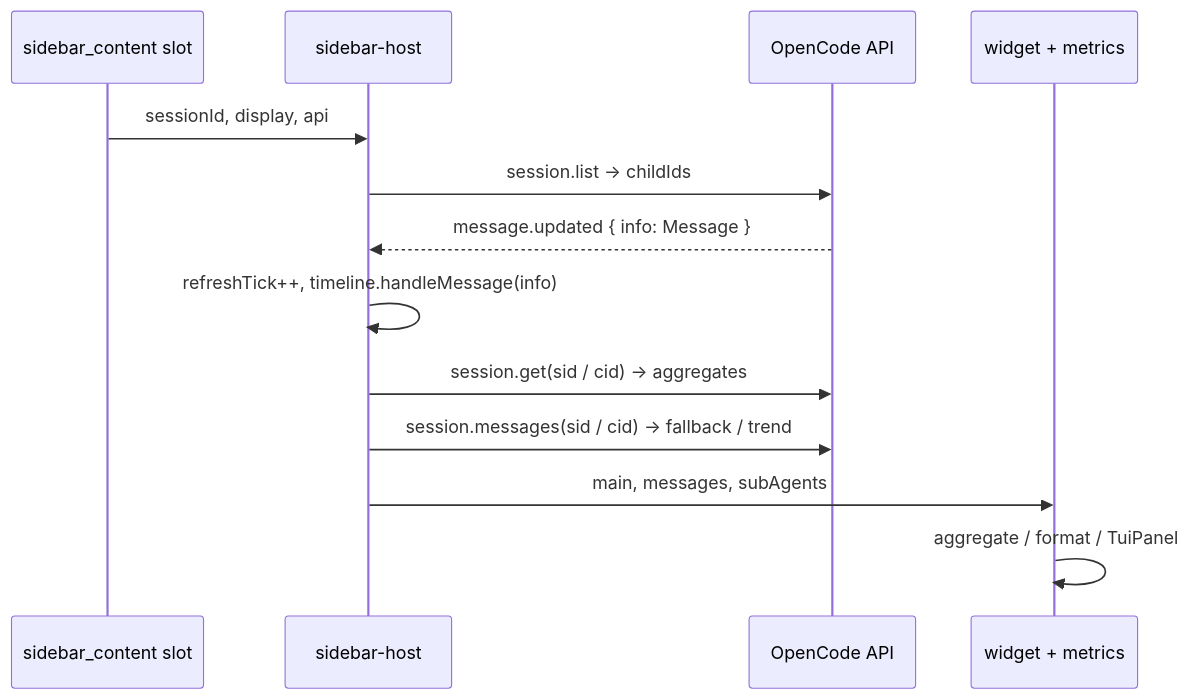
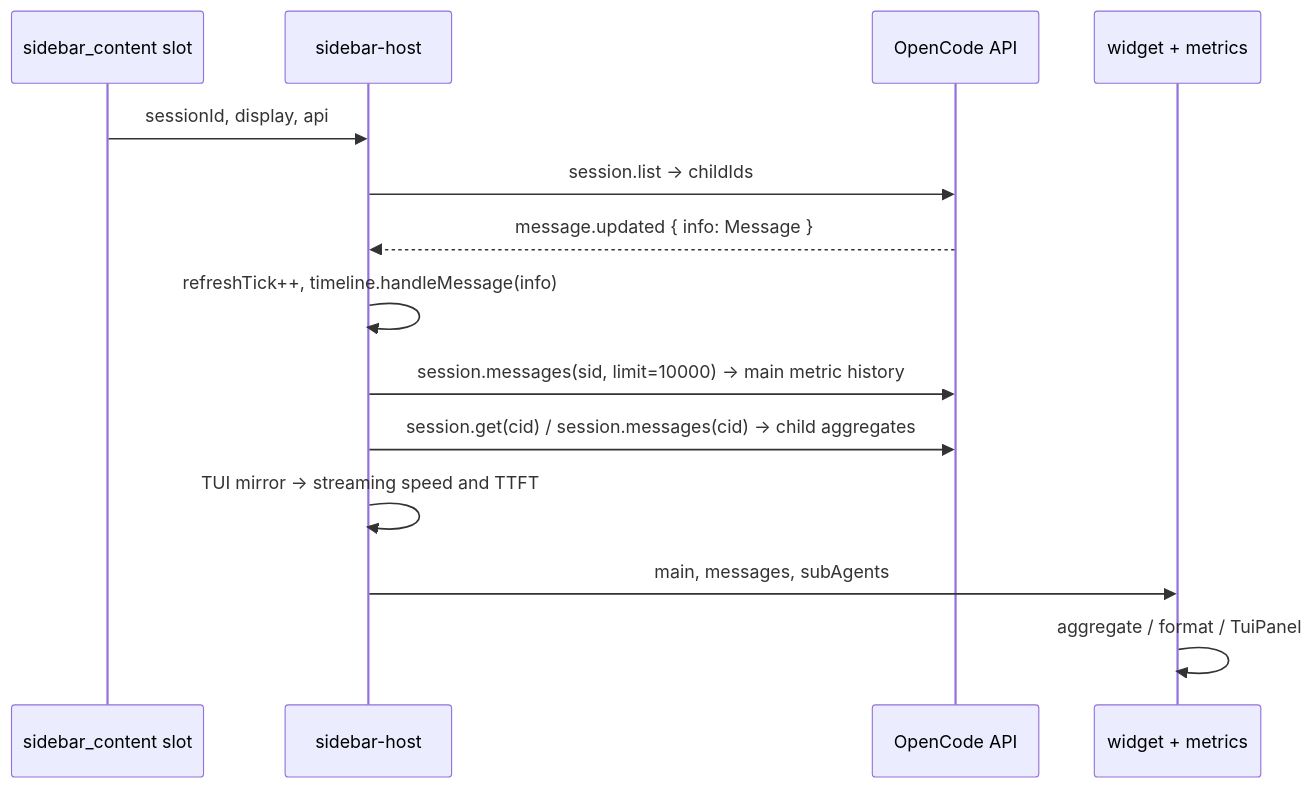
One commit to zhumengzhu/opencode-cache-hit changed the second of 4 diagrams in docs/en/design.md. Above: the diagram before and after it, drawn with Mermaid. The commit also changed other lines of this file and 34 other files, not shown here.

````diff
--- a/docs/en/design.md
+++ b/docs/en/design.md
@@ -65,16 +68,17 @@
 ```mermaid
 sequenceDiagram
   participant Slot as sidebar_content slot
   participant Host as sidebar-host
   participant API as OpenCode API
   participant W as widget + metrics
 
   Slot->>Host: sessionId, display, api
   Host->>API: session.list → childIds
   API-->>Host: message.updated { info: Message }
   Host->>Host: refreshTick++, timeline.handleMessage(info)
-  Host->>API: session.get(sid / cid) → aggregates
-  Host->>API: session.messages(sid / cid) → fallback / trend
+  Host->>API: session.messages(sid, limit=10000) → main metric history
+  Host->>API: session.get(cid) / session.messages(cid) → child aggregates
+  Host->>Host: TUI mirror → streaming speed and TTFT
   Host->>W: main, messages, subAgents
   W->>W: aggregate / format / TuiPanel
 ```
````
